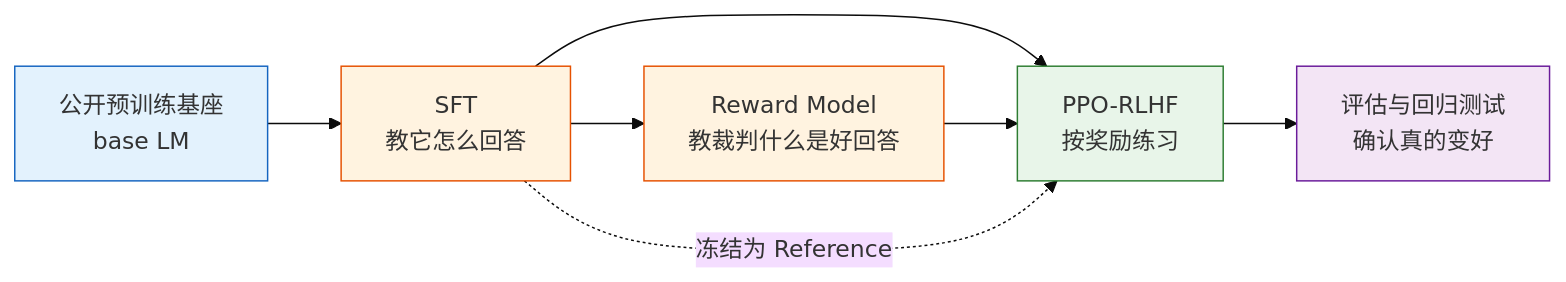
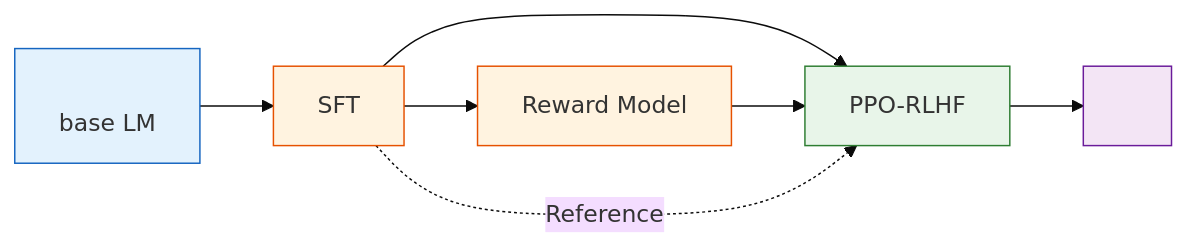
Before and after one commit to letslego/hands-on-modern-rl: the diagram in docs/chapter08_rlhf/intro.md, drawn with Mermaid (base theme). The commit also changed other lines of this file and 267 other files, not shown here.

````diff
--- a/docs/chapter08_rlhf/intro.md
+++ b/docs/chapter08_rlhf/intro.md
@@ -44,15 +44,15 @@
 ```mermaid
 flowchart LR
-    PT["公开预训练基座\nbase LM"] --> SFT["SFT\n教它怎么回答"]
-    SFT --> RM["Reward Model\n教裁判什么是好回答"]
-    SFT --> PPO["PPO-RLHF\n按奖励练习"]
+    PT["\nbase LM"] --> SFT["SFT\n"]
+    SFT --> RM["Reward Model\n"]
+    SFT --> PPO["PPO-RLHF\n"]
     RM --> PPO
-    SFT -.->|"冻结为 Reference"| PPO
-    PPO --> Eval["评估与回归测试\n确认真的变好"]
+    SFT -.->|" Reference"| PPO
+    PPO --> Eval["\n"]
 
     style PT fill:#e3f2fd,stroke:#1565c0
     style SFT fill:#fff3e0,stroke:#e65100
     style RM fill:#fff3e0,stroke:#e65100
     style PPO fill:#e8f5e9,stroke:#2e7d32
     style Eval fill:#f3e5f5,stroke:#6a1b9a
 ```
````
